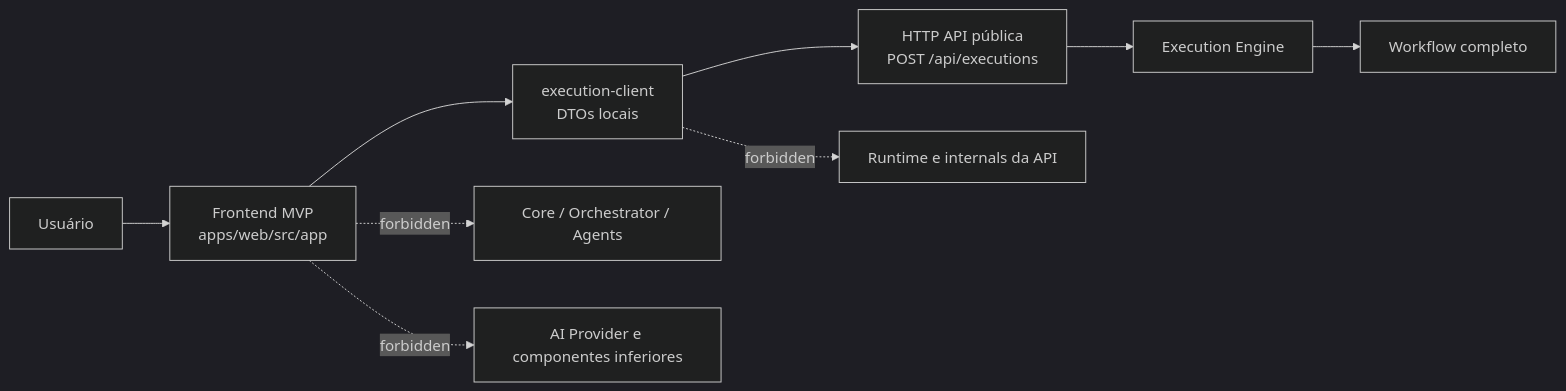
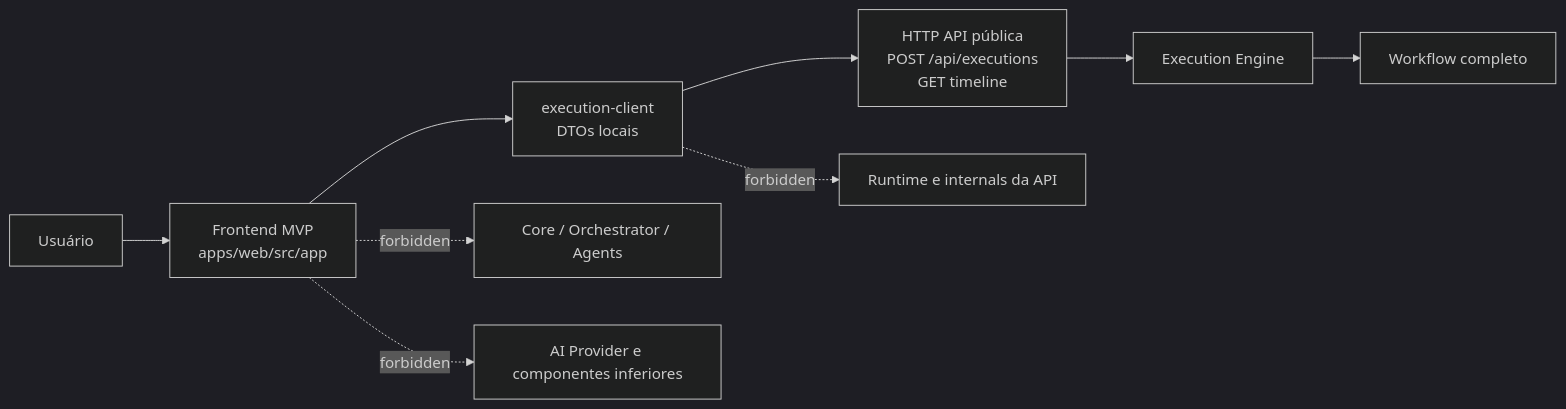
Before and after one commit to felipet66/brq-ai-factory: the second of 3 diagrams in knowledge/39-FRONTEND_FLOW.md, drawn with Mermaid (dark theme). The commit also changed other lines of this file and 60 other files, not shown here.

First line of the commit message:
feat(observability): implement execution history, timeline and frontend monitoring

````diff
--- a/knowledge/39-FRONTEND_FLOW.md
+++ b/knowledge/39-FRONTEND_FLOW.md
@@ -41,12 +58,12 @@
 ```mermaid
 flowchart LR
     USER["Usuário"] --> UI["Frontend MVP<br/>apps/web/src/app"]
     UI --> CLIENT["execution-client<br/>DTOs locais"]
-    CLIENT --> HTTP["HTTP API pública<br/>POST /api/executions"]
+    CLIENT --> HTTP["HTTP API pública<br/>POST /api/executions<br/>GET timeline"]
     HTTP --> ENGINE["Execution Engine"]
     ENGINE --> WORKFLOW["Workflow completo"]
 
     UI -. forbidden .-> CORE["Core / Orchestrator / Agents"]
     CLIENT -. forbidden .-> SERVER["Runtime e internals da API"]
     UI -. forbidden .-> PROVIDER["AI Provider e componentes inferiores"]
 ```
````
